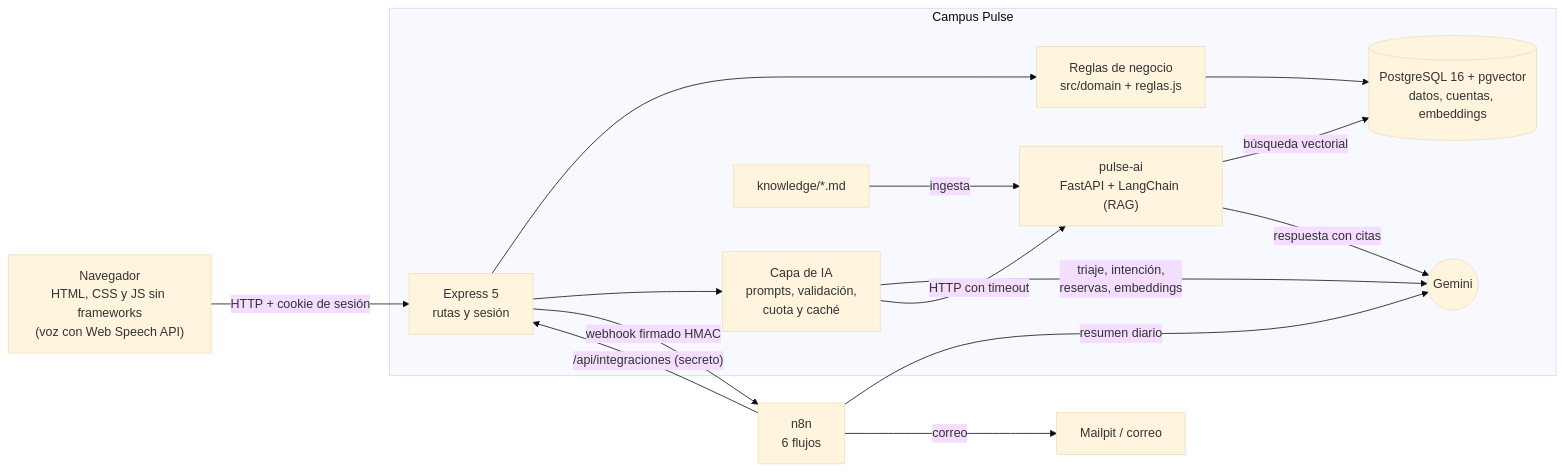
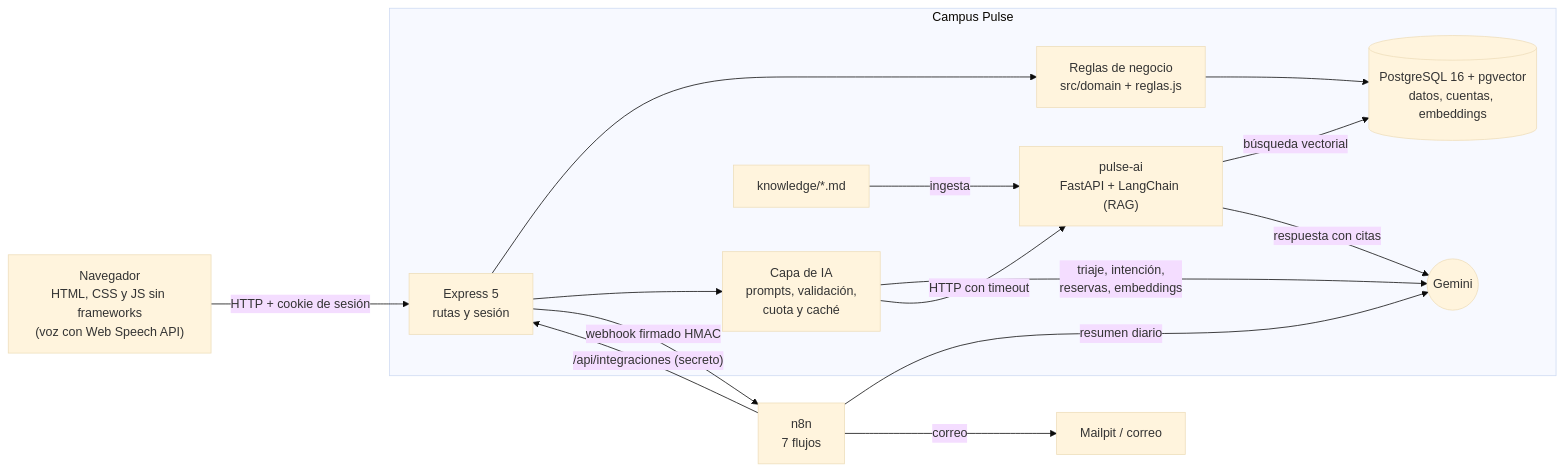
Before and after one commit to sebastianace/CampusPulse_VladimirAcelas: the diagram in README.md, drawn with Mermaid (base theme). The commit also changed other lines of this file and 21 other files, not shown here.

````diff
--- a/README.md
+++ b/README.md
@@ -42,20 +43,20 @@
 ```mermaid
 flowchart LR
     U["Navegador<br/>HTML, CSS y JS sin frameworks<br/>(voz con Web Speech API)"] -->|HTTP + cookie de sesión| E
 
     subgraph Campus Pulse
         E["Express 5<br/>rutas y sesión"] --> R["Reglas de negocio<br/>src/domain + reglas.js"]
         R --> DB[("PostgreSQL 16 + pgvector<br/>datos, cuentas, embeddings")]
         E --> IA["Capa de IA<br/>prompts, validación,<br/>cuota y caché"]
         IA -->|triaje, intención,<br/>reservas, embeddings| G(("Gemini"))
         IA -->|HTTP con timeout| P["pulse-ai<br/>FastAPI + LangChain (RAG)"]
         P -->|búsqueda vectorial| DB
         P -->|respuesta con citas| G
         K["knowledge/*.md"] -->|ingesta| P
     end
 
-    E -->|webhook firmado HMAC| N["n8n<br/>6 flujos"]
+    E -->|webhook firmado HMAC| N["n8n<br/>7 flujos"]
     N -->|"/api/integraciones (secreto)"| E
     N -->|correo| M["Mailpit / correo"]
     N -->|resumen diario| G
 ```
````
